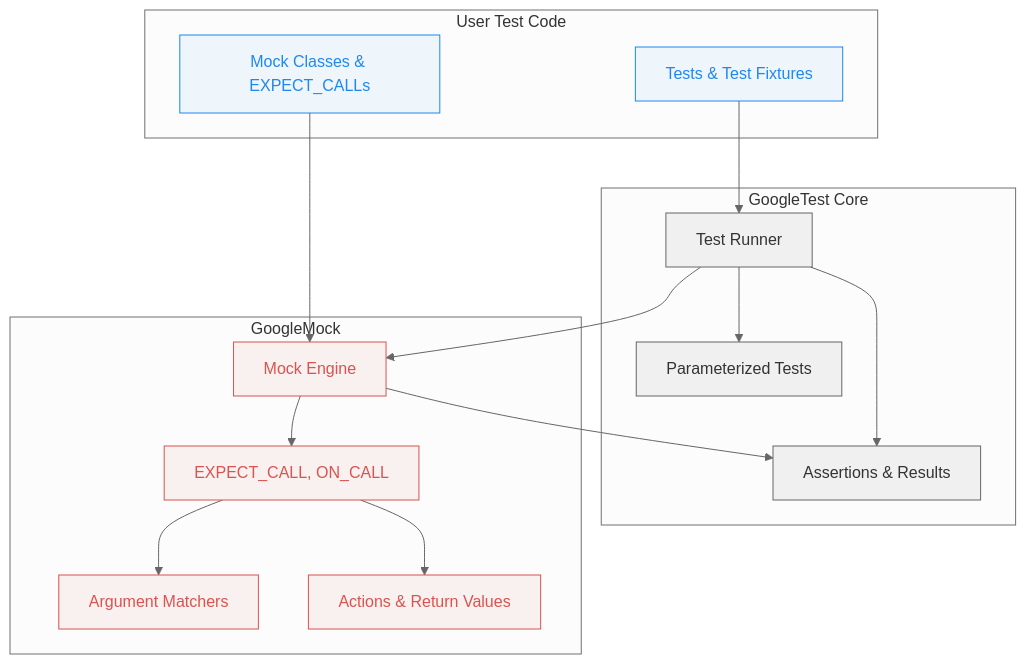
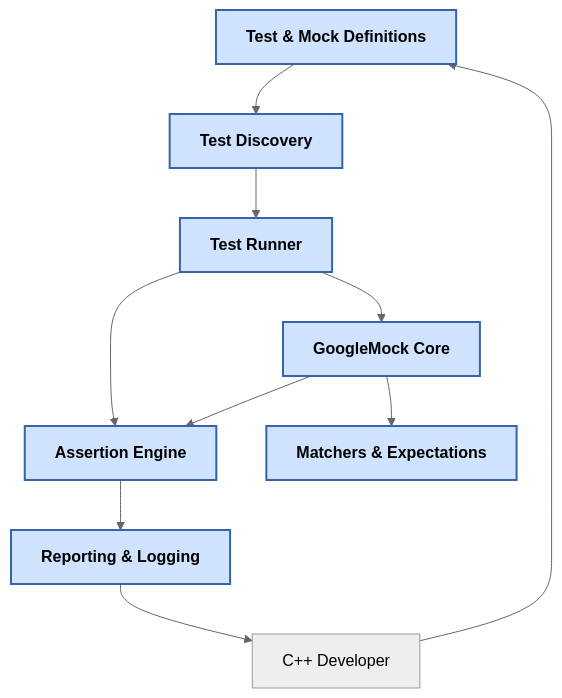
The diagram in overview/core-concepts-and-architecture/architecture-diagram.mdx (clidey/docucod-public-project-869ef7c3-7eff-4ad2-9765-2698303f14d7), drawn with Mermaid (neutral theme) before and after one commit. The commit also changed other lines of this file and 48 other files, not shown here.

````diff
--- a/overview/core-concepts-and-architecture/architecture-diagram.mdx
+++ b/overview/core-concepts-and-architecture/architecture-diagram.mdx
@@ -35,54 +60,46 @@
 ```mermaid
 flowchart TD
 
-  subgraph UserSpace["User Test Code"]
-    UserTests["Tests & Test Fixtures"]
-    UserMocks["Mock Classes & EXPECT_CALLs"]
-  end
+  %% Test Source and Definitions
+  TestSource["Test & Mock Definitions"]
 
-  subgraph TestFramework["GoogleTest Core"]
-    TestRunner["Test Runner"]
-    Assertions["Assertions & Results"]
-    ParamTests["Parameterized Tests"]
-  end
+  %% Test Discovery
+  TestDiscovery["Test Discovery"]
 
-  subgraph Mocking["GoogleMock"]
-    MockEngine["Mock Engine"]
-    ExpectCall["EXPECT_CALL, ON_CALL"]
-    Matchers["Argument Matchers"]
-    Actions["Actions & Return Values"]
-  end
+  %% Test Runner
+  TestRunner["Test Runner"]
 
-  %% User code initiates test runner
-  UserTests --> TestRunner
+  %% Assertion Engine
+  AssertionEngine["Assertion Engine"]
 
-  %% Test Runner invokes parameterized tests if used
-  TestRunner --> ParamTests
+  %% GoogleMock Core
+  GoogleMockCore["GoogleMock Core"]
 
-  %% Test Runner uses assertions for validation
-  TestRunner --> Assertions
+  %% Matchers and Expectations
+  Matchers["Matchers & Expectations"]
 
-  %% Mock objects intercept calls via mock engine
-  UserMocks --> MockEngine
+  %% Reporting
+  Reporting["Reporting & Logging"]
 
-  %% Mock Engine refers to EXPECT_CALL
-  MockEngine --> ExpectCall
+  %% Developer
+  Developer["C++ Developer"]
 
-  %% EXPECT_CALL utilizes Matchers and Actions
-  ExpectCall --> Matchers
-  ExpectCall --> Actions
+  %% Test Workflow
+  Developer --> TestSource
+  TestSource --> TestDiscovery
+  TestDiscovery --> TestRunner
+  TestRunner --> GoogleMockCore
+  GoogleMockCore --> Matchers
+  TestRunner --> AssertionEngine
+  AssertionEngine --> Reporting
+  GoogleMockCore --> AssertionEngine
+  Reporting --> Developer
 
-  %% Test Runner collaborates with Mock Engine during test execution
-  TestRunner --> MockEngine
+  %% Notes
+  classDef component fill:#cfe3ff,stroke:#3465a4,stroke-width:2px, font-weight:bold;
+  class TestSource,TestDiscovery,TestRunner,AssertionEngine,GoogleMockCore,Matchers,Reporting component;
 
-  %% Assertions receive results from Mock Engine
-  MockEngine --> Assertions
+  %% Annotations
+  %% Developer initiates source code and receives reports
 
-  classDef user fill:#eef6fc,stroke:#1e87f0,color:#1e87f0;
-  classDef core fill:#f0f0f0,stroke:#666,stroke-width:1px,color:#333;
-  classDef mock fill:#f9f0f0,stroke:#d9534f,color:#d9534f;
-
-  class UserTests,UserMocks user;
-  class TestRunner,Assertions,ParamTests core;
-  class MockEngine,ExpectCall,Matchers,Actions mock;
 ```
````
